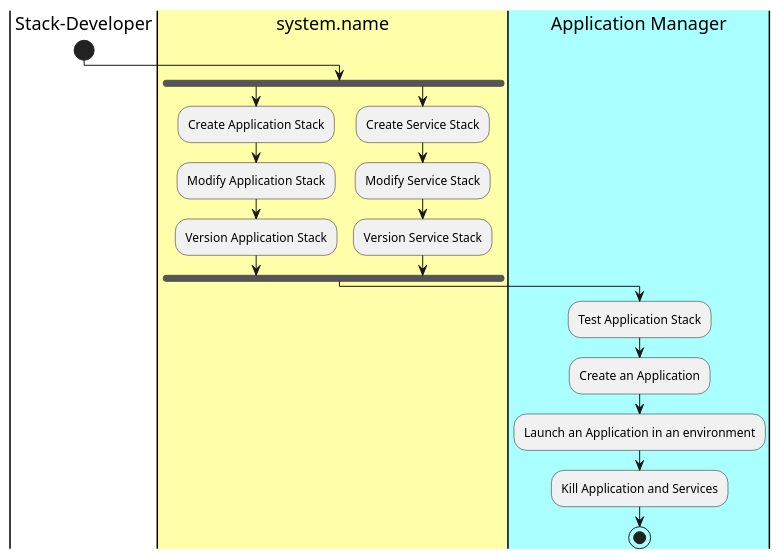
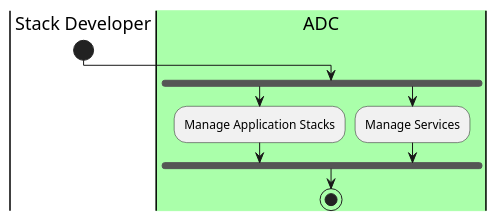
One commit to CAADE/ADC changed the diagram in docs/Actors/Stack-Developer/Workflow.puml. Above: the diagram before and after it, drawn with PlantUML. The commit also changed 156 other files, not shown here.

```diff
--- a/docs/Actors/Stack-Developer/Workflow.puml
+++ b/docs/Actors/Stack-Developer/Workflow.puml
@@ -1,20 +1,11 @@
 @startuml
-|Stack-Developer|
+|Stack Developer|
 start
-|#ffffaa|system.name|
+|#aaffaa|ADC|
 fork
-:Create Application Stack;
-:Modify Application Stack;
-:Version Application Stack;
+:Manage Application Stacks;
 fork again
-:Create Service Stack;
-:Modify Service Stack;
-:Version Service Stack;
+:Manage Services;
 fork end
-|#aaffff|Application Manager|
-:Test Application Stack;
-:Create an Application;
-:Launch an Application in an environment;
-:Kill Application and Services;
 stop
 @enduml
```
